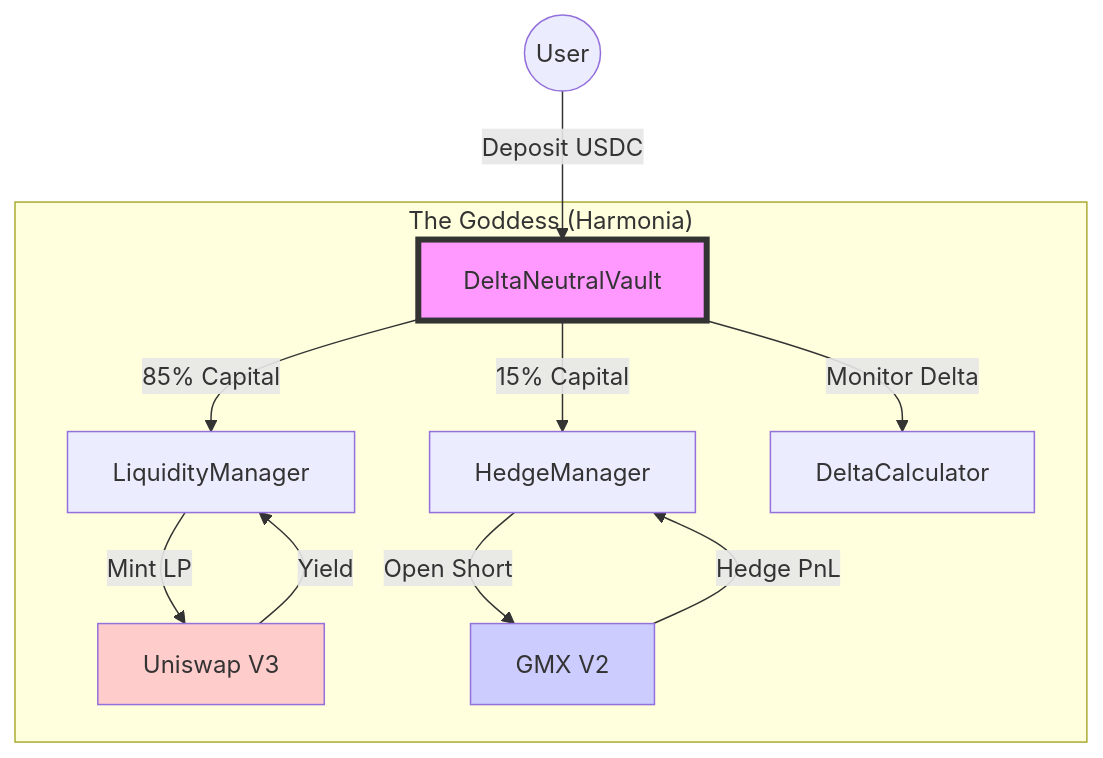
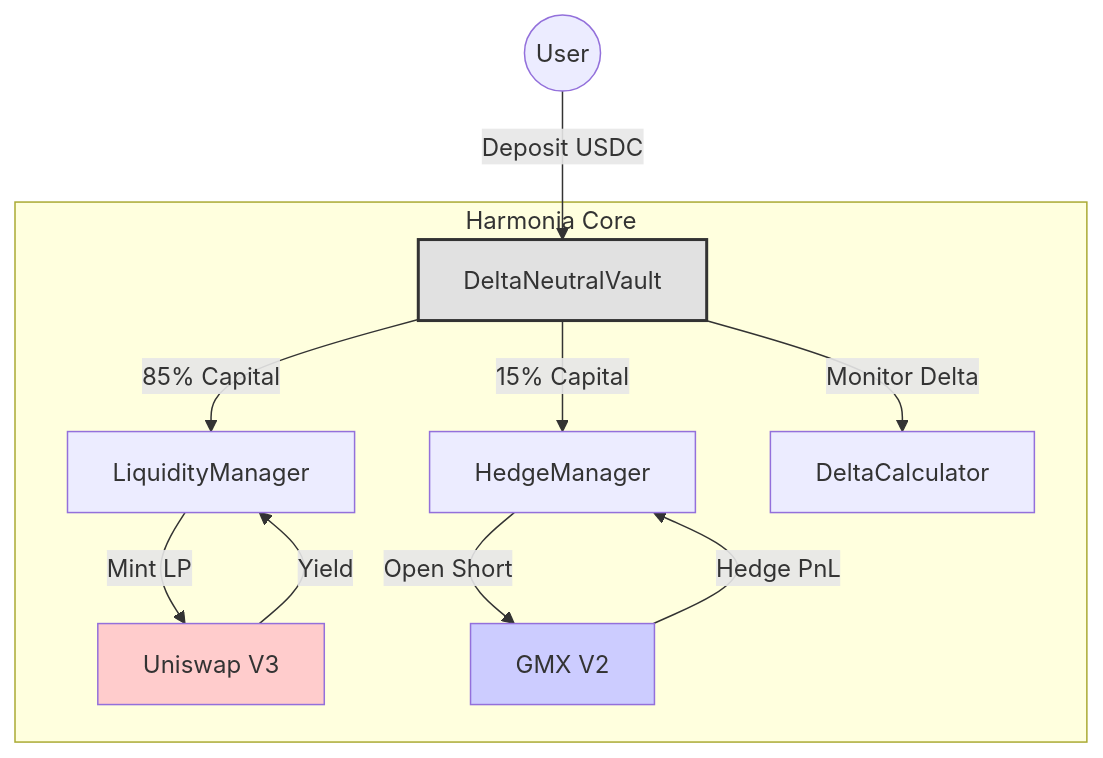
The first of 2 diagrams in docs/PRESENTATION.md (sirsean/harmonia), drawn with Mermaid before and after one commit. The commit also changed other lines of this file, not shown here.

````diff
--- a/docs/PRESENTATION.md
+++ b/docs/PRESENTATION.md
@@ -76,21 +72,21 @@
 ```mermaid
 graph TD
     User((User)) -->|Deposit USDC| Vault[DeltaNeutralVault]
     
-    subgraph "The Goddess (Harmonia)"
+    subgraph "Harmonia Core"
         Vault -->|85% Capital| LM[LiquidityManager]
         Vault -->|15% Capital| HM[HedgeManager]
         
         LM -->|Mint LP| Uniswap[Uniswap V3]
         HM -->|Open Short| GMX[GMX V2]
         
         Vault -->|Monitor Delta| DC[DeltaCalculator]
     end
     
     Uniswap -->|Yield| LM
     GMX -->|Hedge PnL| HM
     
-    style Vault fill:#f9f,stroke:#333,stroke-width:4px
+    style Vault fill:#e1e1e1,stroke:#333,stroke-width:2px
     style Uniswap fill:#ffcccc
     style GMX fill:#ccccff
 ```
````
